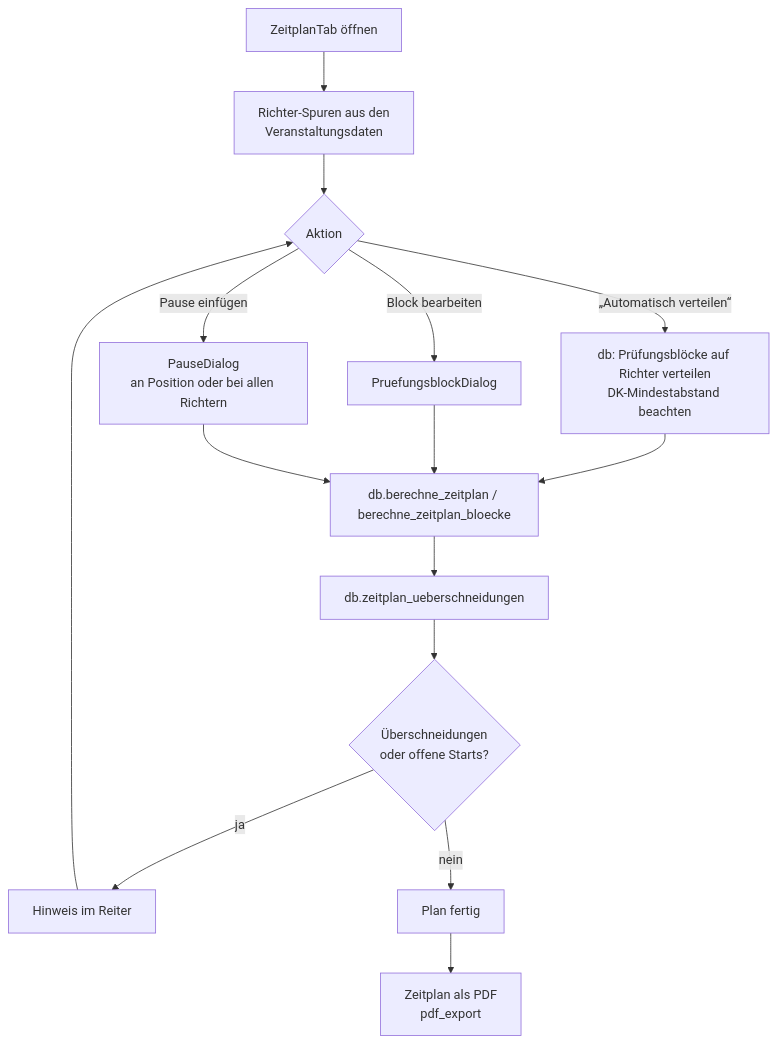
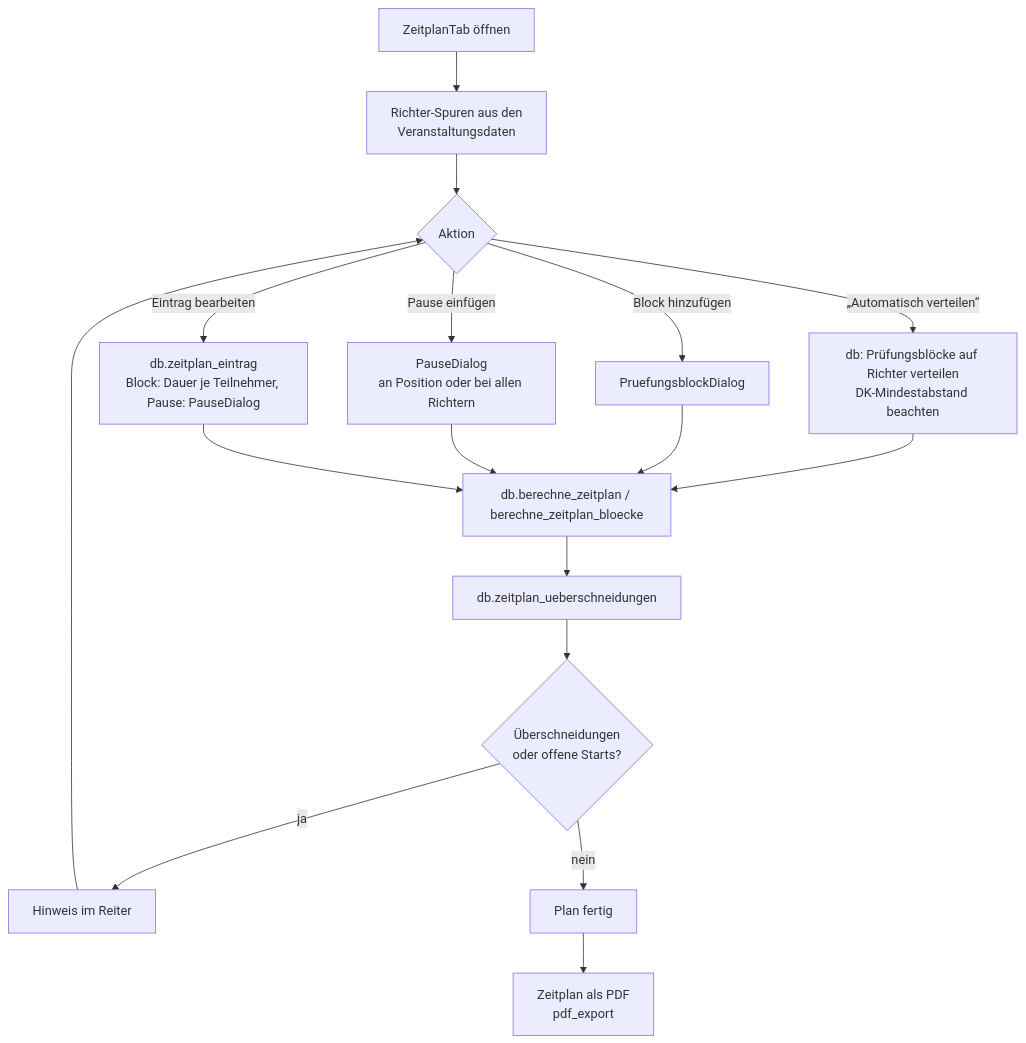
One commit to mbruver-source/SHS changed the seventh of 13 diagrams in UML.md. Above: the diagram before and after it, drawn with Mermaid. The commit also changed 8 other files, not shown here.

````diff
--- a/UML.md
+++ b/UML.md
@@ -381,15 +381,16 @@
 ```mermaid
 flowchart TD
     a[ZeitplanTab öffnen] --> b[Richter-Spuren aus den<br/>Veranstaltungsdaten]
     b --> c{Aktion}
     c -->|„Automatisch verteilen“| d[db: Prüfungsblöcke auf Richter verteilen<br/>DK-Mindestabstand beachten]
-    c -->|Block bearbeiten| e[PruefungsblockDialog]
+    c -->|Block hinzufügen| e[PruefungsblockDialog]
     c -->|Pause einfügen| f[PauseDialog<br/>an Position oder bei allen Richtern]
-    d & e & f --> g[db.berechne_zeitplan / berechne_zeitplan_bloecke]
+    c -->|Eintrag bearbeiten| m[db.zeitplan_eintrag<br/>Block: Dauer je Teilnehmer, Pause: PauseDialog]
+    d & e & f & m --> g[db.berechne_zeitplan / berechne_zeitplan_bloecke]
     g --> h[db.zeitplan_ueberschneidungen]
     h --> i{Überschneidungen<br/>oder offene Starts?}
     i -->|ja| j[Hinweis im Reiter]
     i -->|nein| k[Plan fertig]
     j --> c
     k --> l[Zeitplan als PDF<br/>pdf_export]
 ```
````
